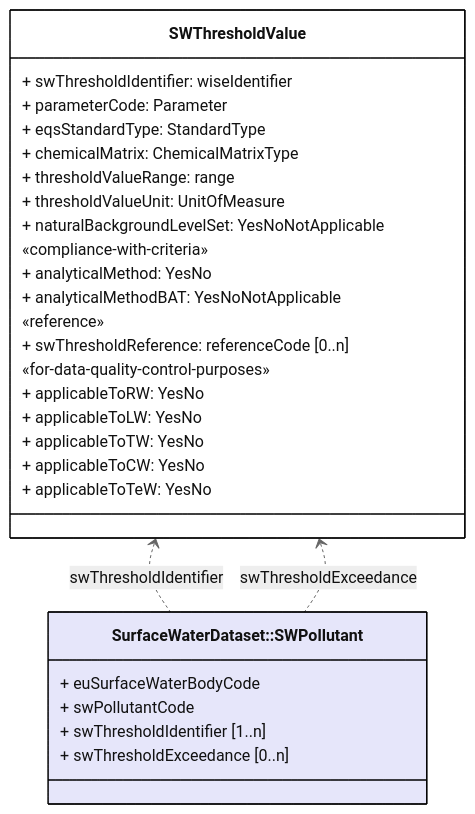
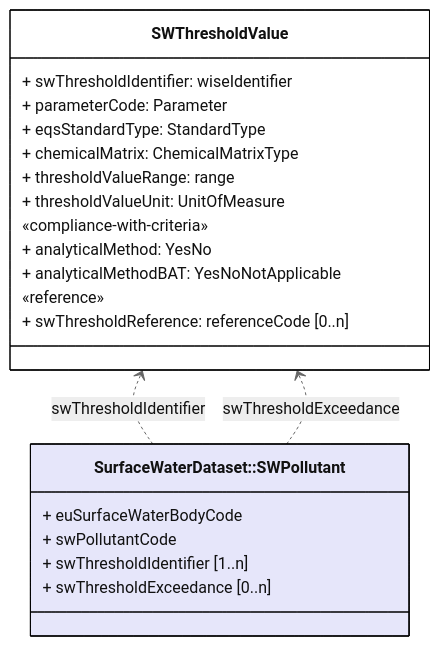
One commit to eeadata/WISE.WFD.Documentation changed the diagram in docs/DataModelReview/mmd/SurfaceWaterMethodologies_4thCycle_SWThresholdValue_ClassDiagram.mmd. Above: the diagram before and after it, drawn with Mermaid. The commit also changed 9 other files, not shown here.

```diff
--- a/docs/DataModelReview/mmd/SurfaceWaterMethodologies_4thCycle_SWThresholdValue_ClassDiagram.mmd
+++ b/docs/DataModelReview/mmd/SurfaceWaterMethodologies_4thCycle_SWThresholdValue_ClassDiagram.mmd
@@ -1,48 +1,40 @@
 ---
 config:
   class:
     hideEmptyMembersBox: true
   layout: dagre
   theme: neutral
 ---
 classDiagram
 direction TB
 
 class SWThresholdValue{
 + swThresholdIdentifier: wiseIdentifier
 + parameterCode: Parameter
 + eqsStandardType: StandardType
 + chemicalMatrix: ChemicalMatrixType 
 
 + thresholdValueRange: range
 + thresholdValueUnit: UnitOfMeasure
-+ naturalBackgroundLevelSet: YesNoNotApplicable
 
 «compliance-with-criteria»
 + analyticalMethod: YesNo
 + analyticalMethodBAT: YesNoNotApplicable
 
 «reference»
 + swThresholdReference: referenceCode [0..n]
-
-«for-data-quality-control-purposes»
-+ applicableToRW: YesNo
-+ applicableToLW: YesNo
-+ applicableToTW: YesNo
-+ applicableToCW: YesNo
-+ applicableToTeW: YesNo
 }
 
 class SWPollutant ["SurfaceWaterDataset::SWPollutant"]:::otherDataset{
   + euSurfaceWaterBodyCode
   + swPollutantCode
   + swThresholdIdentifier [1..n]
   + swThresholdExceedance [0..n]
 }
 
 SWThresholdValue <.. SWPollutant: swThresholdIdentifier
 SWThresholdValue <.. SWPollutant: swThresholdExceedance
 
 classDef default fill:white,stroke:#000;
 classDef forFixing fill:white,stroke:#f00;
 classDef otherDataset fill:lavender,stroke:#000;
```
